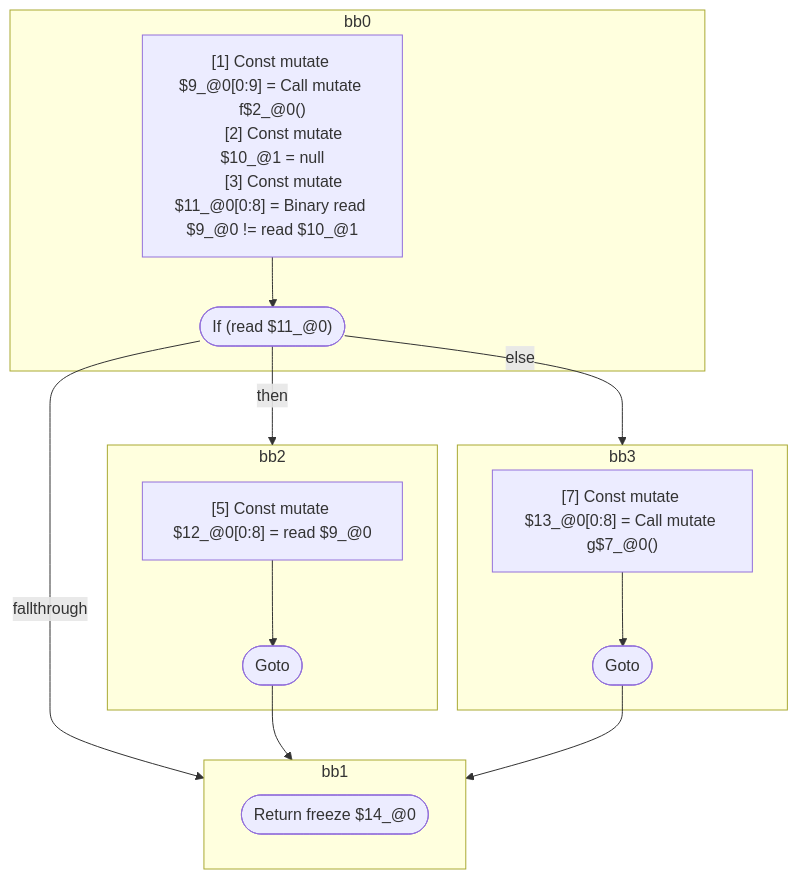
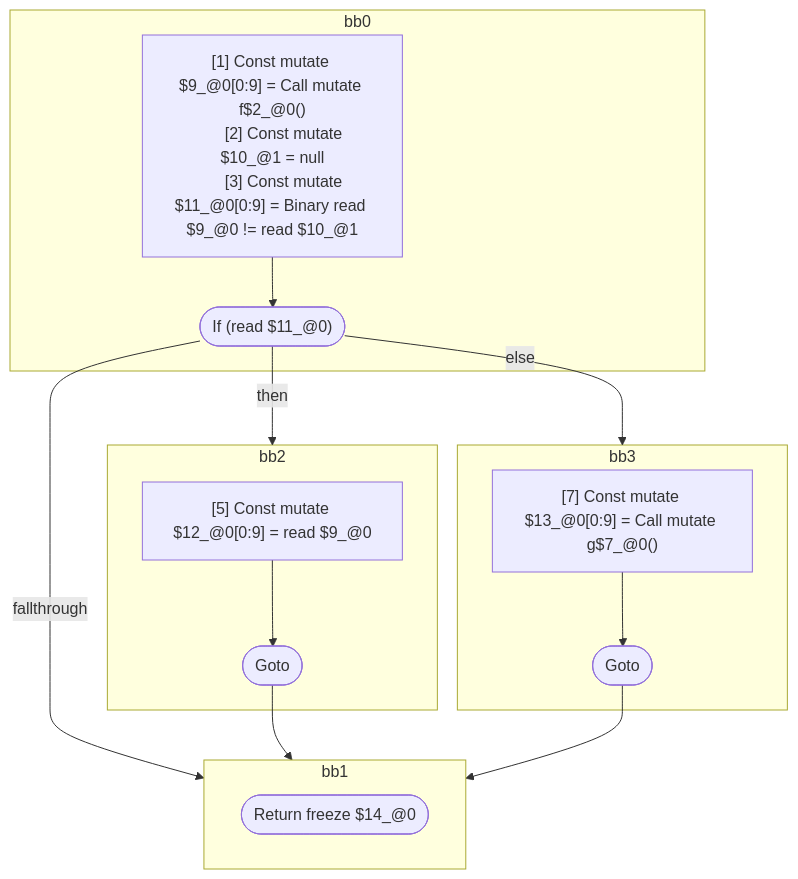
The third of 5 diagrams in compiler/forget/src/__tests__/fixtures/hir/logical-expression.expect.md (wutsmog/private), drawn with Mermaid before and after one commit. The commit also changed other lines of this file and 30 other files, not shown here.

First line of the commit message:
Merge scopes that interleave or cross control-flow boundaries together

````diff
--- a/compiler/forget/src/__tests__/fixtures/hir/logical-expression.expect.md
+++ b/compiler/forget/src/__tests__/fixtures/hir/logical-expression.expect.md
@@ -180,35 +180,35 @@
 ```mermaid
 flowchart TB
   %% Basic Blocks
   subgraph bb0
     bb0_instrs["
       [1] Const mutate $9_@0[0:9] = Call mutate f$2_@0()
       [2] Const mutate $10_@1 = null
-      [3] Const mutate $11_@0[0:8] = Binary read $9_@0 != read $10_@1
+      [3] Const mutate $11_@0[0:9] = Binary read $9_@0 != read $10_@1
     "]
     bb0_instrs --> bb0_terminal(["If (read $11_@0)"])
   end
   subgraph bb2
     bb2_instrs["
-      [5] Const mutate $12_@0[0:8] = read $9_@0
+      [5] Const mutate $12_@0[0:9] = read $9_@0
     "]
     bb2_instrs --> bb2_terminal(["Goto"])
   end
   subgraph bb3
     bb3_instrs["
-      [7] Const mutate $13_@0[0:8] = Call mutate g$7_@0()
+      [7] Const mutate $13_@0[0:9] = Call mutate g$7_@0()
     "]
     bb3_instrs --> bb3_terminal(["Goto"])
   end
   subgraph bb1
     bb1_terminal(["Return freeze $14_@0"])
   end
 
   %% Jumps
   bb0_terminal -- "then" --> bb2
   bb0_terminal -- "else" --> bb3
   bb0_terminal -- "fallthrough" --> bb1
   bb2_terminal --> bb1
   bb3_terminal --> bb1
 
 ```
````
